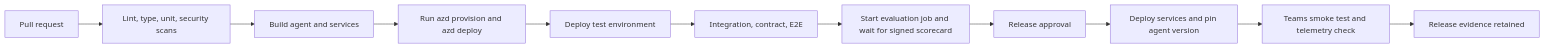
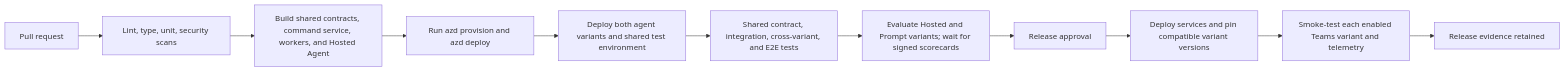
Diagram 13 of 13 in docs/architecture-design.md (duongthaiha/intake-agent), drawn with Mermaid before and after one commit. The commit also changed other lines of this file and 1 other file, not shown here.

````diff
--- a/docs/architecture-design.md
+++ b/docs/architecture-design.md
@@ -963,13 +1135,13 @@
 ```mermaid
 flowchart LR
     PR[Pull request] --> Static[Lint, type, unit, security scans]
-    Static --> Build[Build agent and services]
+    Static --> Build[Build shared contracts, command service, workers, and Hosted Agent]
     Build --> AzdTest[Run azd provision and azd deploy]
-    AzdTest --> DeployTest[Deploy test environment]
-    DeployTest --> Tests[Integration, contract, E2E]
-    Tests --> Eval[Start evaluation job and wait for signed scorecard]
+    AzdTest --> DeployTest[Deploy both agent variants and shared test environment]
+    DeployTest --> Tests[Shared contract, integration, cross-variant, and E2E tests]
+    Tests --> Eval[Evaluate Hosted and Prompt variants; wait for signed scorecards]
     Eval --> Approval[Release approval]
-    Approval --> Prod[Deploy services and pin agent version]
-    Prod --> Smoke[Teams smoke test and telemetry check]
+    Approval --> Prod[Deploy services and pin compatible variant versions]
+    Prod --> Smoke[Smoke-test each enabled Teams variant and telemetry]
     Smoke --> Complete[Release evidence retained]
 ```
````
